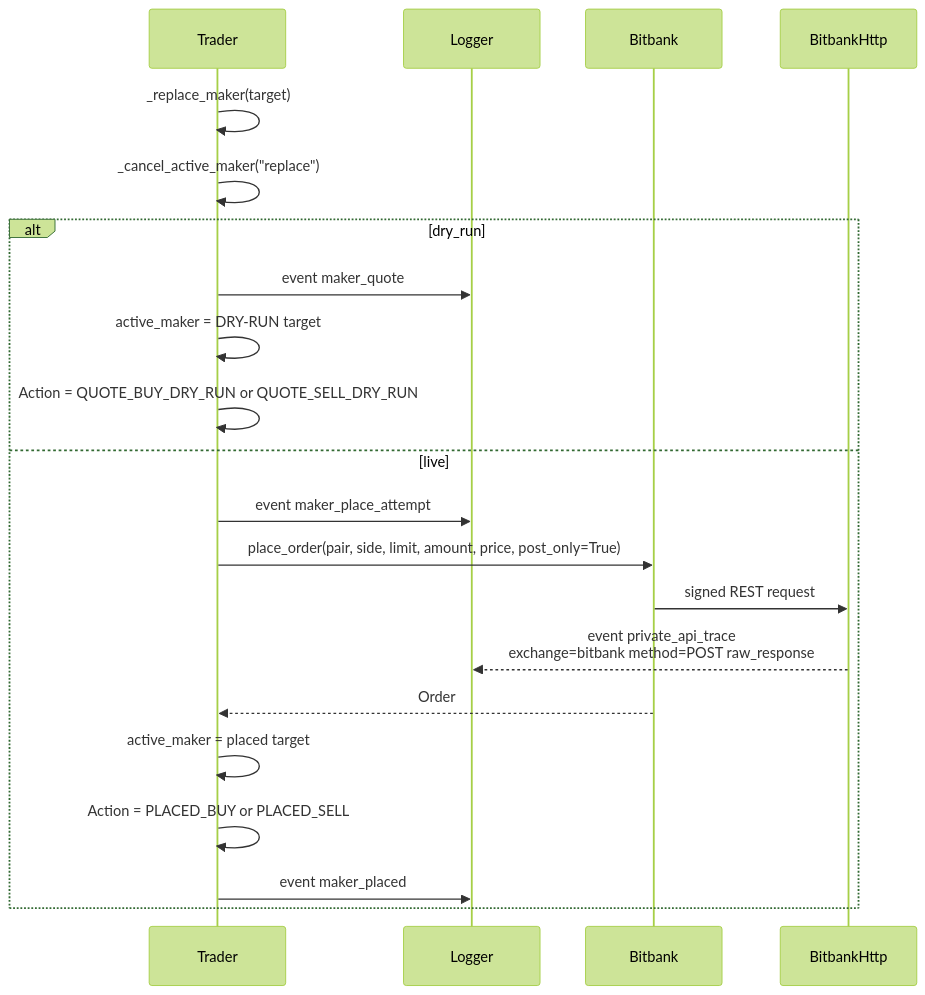
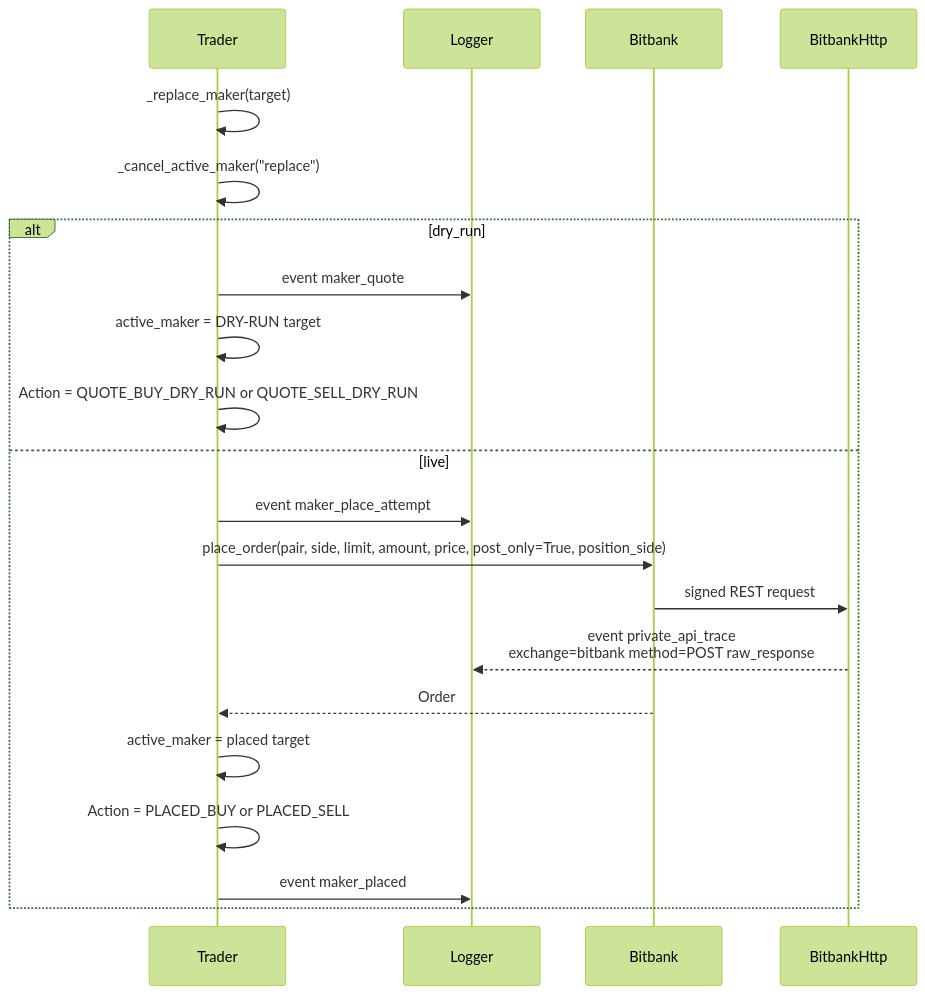
Before and after one commit to 00ken00/vibe_bot: the fourth of 7 diagrams in src/vibe_bot/trades/flowchart.md, drawn with Mermaid (forest theme). The commit also changed other lines of this file and 2 other files, not shown here.

````diff
--- a/src/vibe_bot/trades/flowchart.md
+++ b/src/vibe_bot/trades/flowchart.md
@@ -81,25 +85,25 @@
 ```mermaid
 sequenceDiagram
     participant Trader
     participant Logger
     participant Bitbank
     participant BitbankHttp
 
     Trader->>Trader: _replace_maker(target)
     Trader->>Trader: _cancel_active_maker("replace")
 
     alt dry_run
         Trader->>Logger: event maker_quote
         Trader->>Trader: active_maker = DRY-RUN target
         Trader->>Trader: Action = QUOTE_BUY_DRY_RUN or QUOTE_SELL_DRY_RUN
     else live
         Trader->>Logger: event maker_place_attempt
-        Trader->>Bitbank: place_order(pair, side, limit, amount, price, post_only=True)
+        Trader->>Bitbank: place_order(pair, side, limit, amount, price, post_only=True, position_side)
         Bitbank->>BitbankHttp: signed REST request
         BitbankHttp-->>Logger: event private_api_trace<br/>exchange=bitbank method=POST raw_response
         Bitbank-->>Trader: Order
         Trader->>Trader: active_maker = placed target
         Trader->>Trader: Action = PLACED_BUY or PLACED_SELL
         Trader->>Logger: event maker_placed
     end
 ```
````
